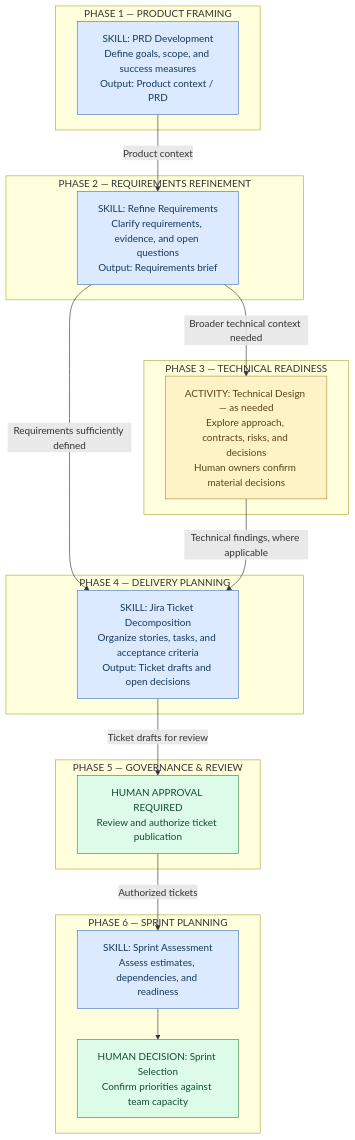
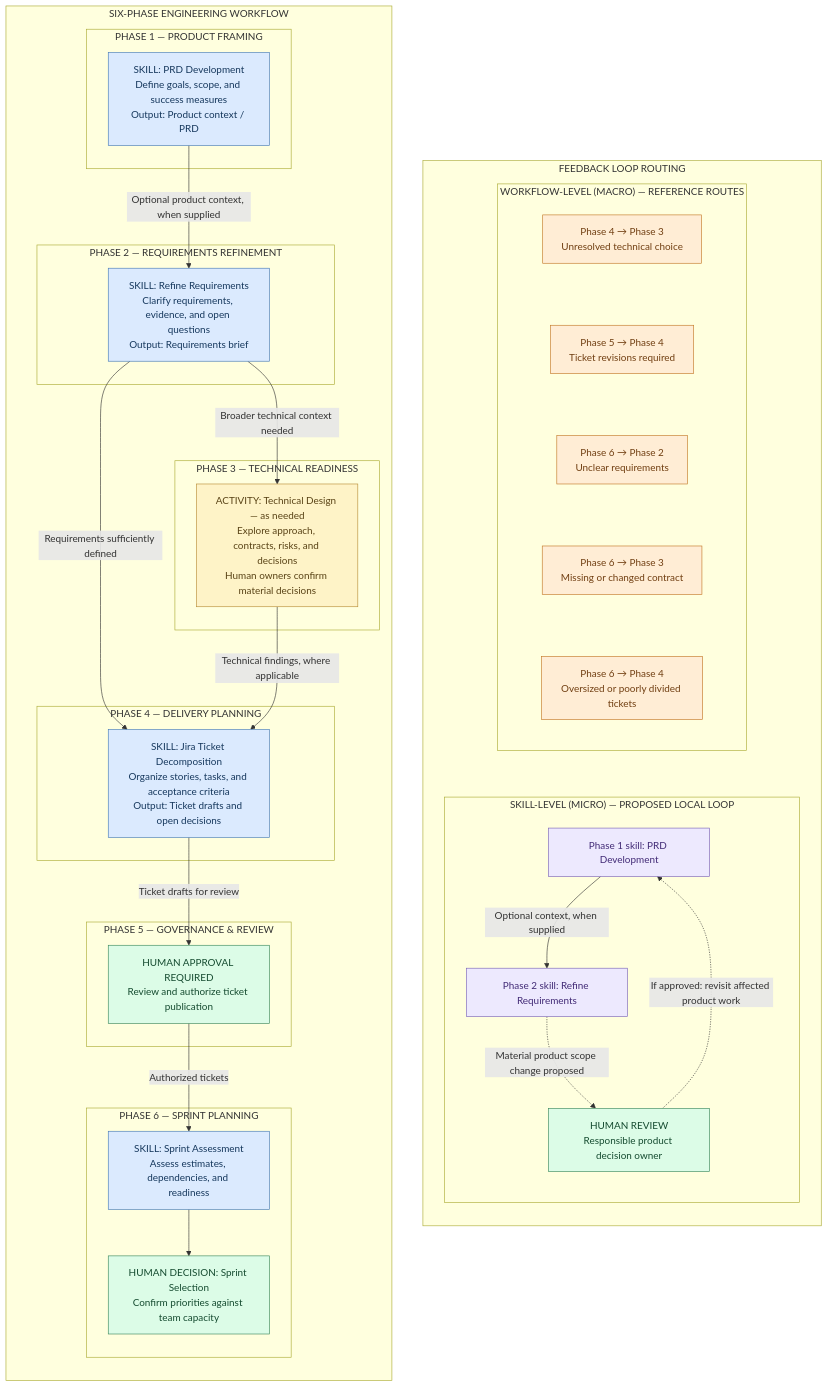
One commit to rlynjb/dotskills changed the first of 2 diagrams in docs/product-to-sprint-reference-workflow.md. Above: the diagram before and after it, drawn with Mermaid. The commit also changed other lines of this file, not shown here.

Commit message:
Distinguish workflow and local feedback in reference architecture

````diff
--- a/docs/product-to-sprint-reference-workflow.md
+++ b/docs/product-to-sprint-reference-workflow.md
@@ -9,42 +11,75 @@
 ```mermaid
-flowchart TD
+flowchart LR
+    subgraph MAIN["SIX-PHASE ENGINEERING WORKFLOW"]
+    direction TB
     subgraph P1["PHASE 1 — PRODUCT FRAMING"]
         A["SKILL: PRD Development<br/>Define goals, scope, and success measures<br/>Output: Product context / PRD"]
     end
 
     subgraph P2["PHASE 2 — REQUIREMENTS REFINEMENT"]
         B["SKILL: Refine Requirements<br/>Clarify requirements, evidence, and open questions<br/>Output: Requirements brief"]
     end
 
     subgraph P3["PHASE 3 — TECHNICAL READINESS"]
         C["ACTIVITY: Technical Design — as needed<br/>Explore approach, contracts, risks, and decisions<br/>Human owners confirm material decisions"]
     end
 
     subgraph P4["PHASE 4 — DELIVERY PLANNING"]
         D["SKILL: Jira Ticket Decomposition<br/>Organize stories, tasks, and acceptance criteria<br/>Output: Ticket drafts and open decisions"]
     end
 
     subgraph P5["PHASE 5 — GOVERNANCE & REVIEW"]
         E["HUMAN APPROVAL REQUIRED<br/>Review and authorize ticket publication"]
     end
 
     subgraph P6["PHASE 6 — SPRINT PLANNING"]
         F["SKILL: Sprint Assessment<br/>Assess estimates, dependencies, and readiness"]
         G["HUMAN DECISION: Sprint Selection<br/>Confirm priorities against team capacity"]
         F --> G
     end
 
-    A -->|"Product context"| B
+    A -->|"Optional product context, when supplied"| B
     B -->|"Broader technical context needed"| C
     B -->|"Requirements sufficiently defined"| D
     C -->|"Technical findings, where applicable"| D
     D -->|"Ticket drafts for review"| E
     E -->|"Authorized tickets"| F
+    end
+
+    subgraph ROUTING["FEEDBACK LOOP ROUTING"]
+        direction TB
+        subgraph MACRO["WORKFLOW-LEVEL (MACRO) — REFERENCE ROUTES"]
+            direction TB
+            M1["Phase 4 → Phase 3<br/>Unresolved technical choice"]
+            M2["Phase 5 → Phase 4<br/>Ticket revisions required"]
+            M3["Phase 6 → Phase 2<br/>Unclear requirements"]
+            M4["Phase 6 → Phase 3<br/>Missing or changed contract"]
+            M5["Phase 6 → Phase 4<br/>Oversized or poorly divided tickets"]
+            M1 ~~~ M2 ~~~ M3 ~~~ M4 ~~~ M5
+        end
+
+        subgraph MICRO["SKILL-LEVEL (MICRO) — PROPOSED LOCAL LOOP"]
+            direction TB
+            LP["Phase 1 skill: PRD Development"]
+            LR["Phase 2 skill: Refine Requirements"]
+            LH["HUMAN REVIEW<br/>Responsible product decision owner"]
+            LP -->|"Optional context, when supplied"| LR
+            LR -.->|"Material product scope change proposed"| LH
+            LH -.->|"If approved: revisit affected product work"| LP
+        end
+        MACRO ~~~ MICRO
+    end
+
+    MAIN ~~~ ROUTING
 
     classDef skill fill:#dbeafe,stroke:#4478b5,color:#16385d
     classDef activity fill:#fef3c7,stroke:#b78b34,color:#594316
     classDef human fill:#dcfce7,stroke:#38865b,color:#154b30
     class A,B,D,F skill
     class C activity
-    class E,G human
+    class E,G,LH human
+    classDef macro fill:#ffedd5,stroke:#c27725,color:#713f12
+    classDef micro fill:#ede9fe,stroke:#7861b5,color:#422b76
+    class M1,M2,M3,M4,M5 macro
+    class LP,LR micro
 ```
````
